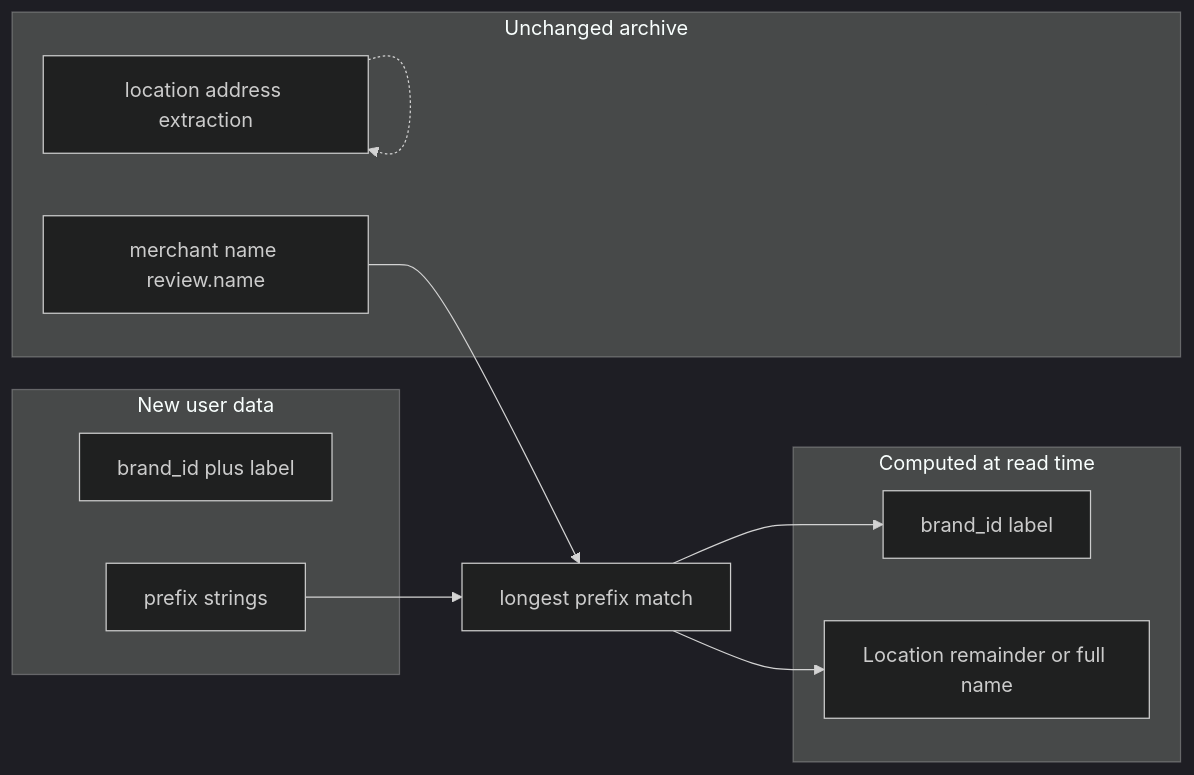
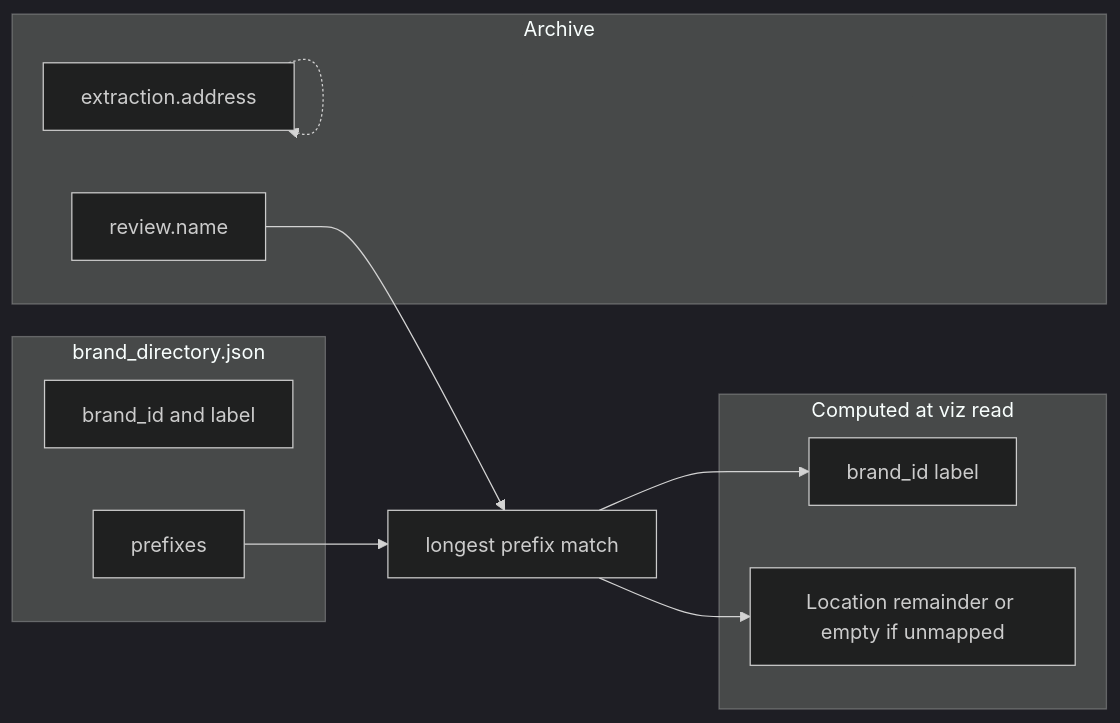
The diagram in .cursor/plans/merchant_business_prefix_map_8b774a32.plan.md (xiaoschannel/papertrail), drawn with Mermaid (dark theme) before and after one commit. The commit also changed other lines of this file and 7 other files, not shown here.

Commit message:
feat: add brand registry page and integrate brand matching in visualizations

````diff
--- a/.cursor/plans/merchant_business_prefix_map_8b774a32.plan.md
+++ b/.cursor/plans/merchant_business_prefix_map_8b774a32.plan.md
@@ -43,20 +48,20 @@
 ```mermaid
 flowchart LR
-  subgraph stored [Unchanged archive]
-    mn[merchant name review.name]
-    addr[location address extraction]
+  subgraph stored [Archive]
+    mn[review.name]
+    addr[extraction.address]
   end
-  subgraph registry [New user data]
-    bid[brand_id plus label]
-    prefs[prefix strings]
+  subgraph registry [brand_directory.json]
+    bid[brand_id and label]
+    prefs[prefixes]
   end
-  subgraph derived [Computed at read time]
+  subgraph derived [Computed at viz read]
     brand[brand_id label]
-    loc[Location remainder or full name]
+    loc[Location remainder or empty if unmapped]
   end
   mn --> match[longest prefix match]
   prefs --> match
   match --> brand
   match --> loc
   addr -.-> addr
 ```
````
